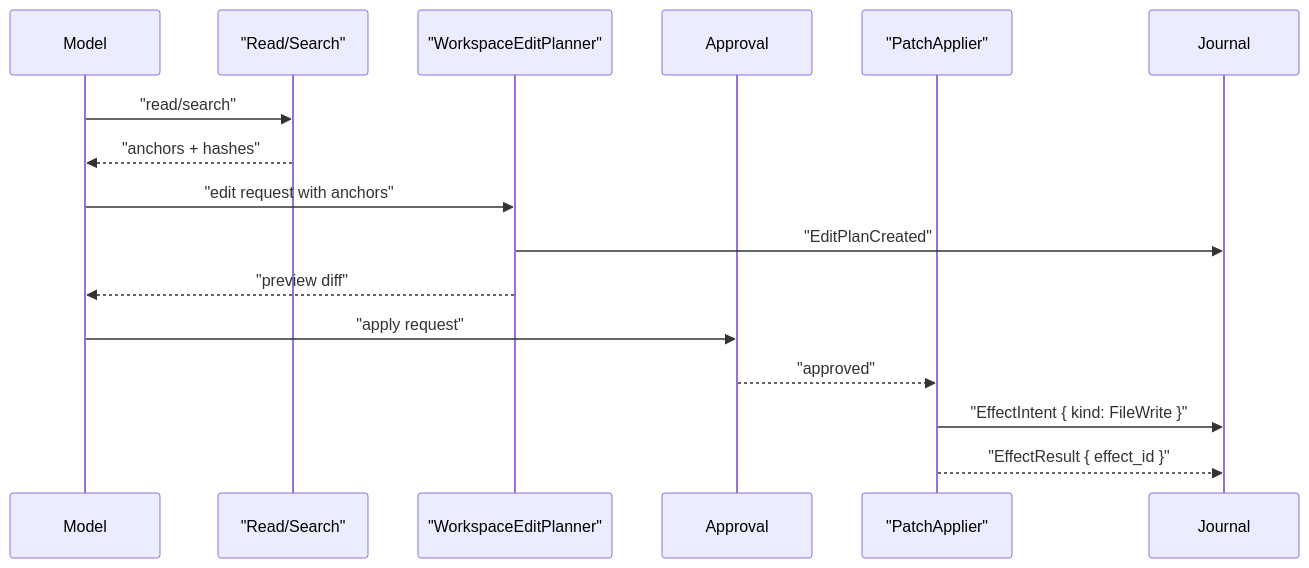
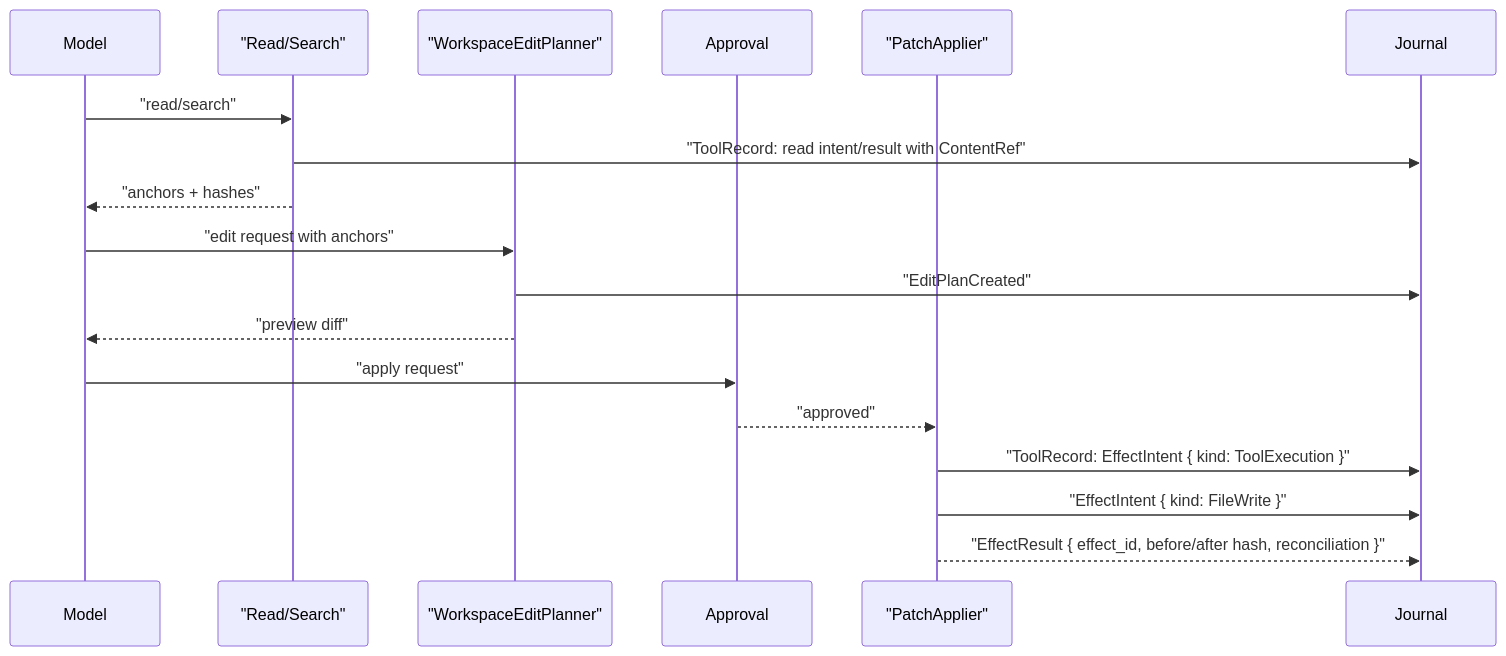
Before and after one commit to heyclawdia/clawdia_sdk: the second of 2 diagrams in docs/contracts/tool-pack-contract.md, drawn with Mermaid. The commit also changed other lines of this file and 20 other files, not shown here.

````diff
--- a/docs/contracts/tool-pack-contract.md
+++ b/docs/contracts/tool-pack-contract.md
@@ -106,19 +146,21 @@
 ```mermaid
 sequenceDiagram
   participant Model
   participant Read as "Read/Search"
   participant Planner as "WorkspaceEditPlanner"
   participant Approval
   participant Apply as "PatchApplier"
   participant Journal
 
   Model->>Read: "read/search"
+  Read->>Journal: "ToolRecord: read intent/result with ContentRef"
   Read-->>Model: "anchors + hashes"
   Model->>Planner: "edit request with anchors"
   Planner->>Journal: "EditPlanCreated"
   Planner-->>Model: "preview diff"
   Model->>Approval: "apply request"
   Approval-->>Apply: "approved"
+  Apply->>Journal: "ToolRecord: EffectIntent { kind: ToolExecution }"
   Apply->>Journal: "EffectIntent { kind: FileWrite }"
-  Apply-->>Journal: "EffectResult { effect_id }"
+  Apply-->>Journal: "EffectResult { effect_id, before/after hash, reconciliation }"
 ```
````
